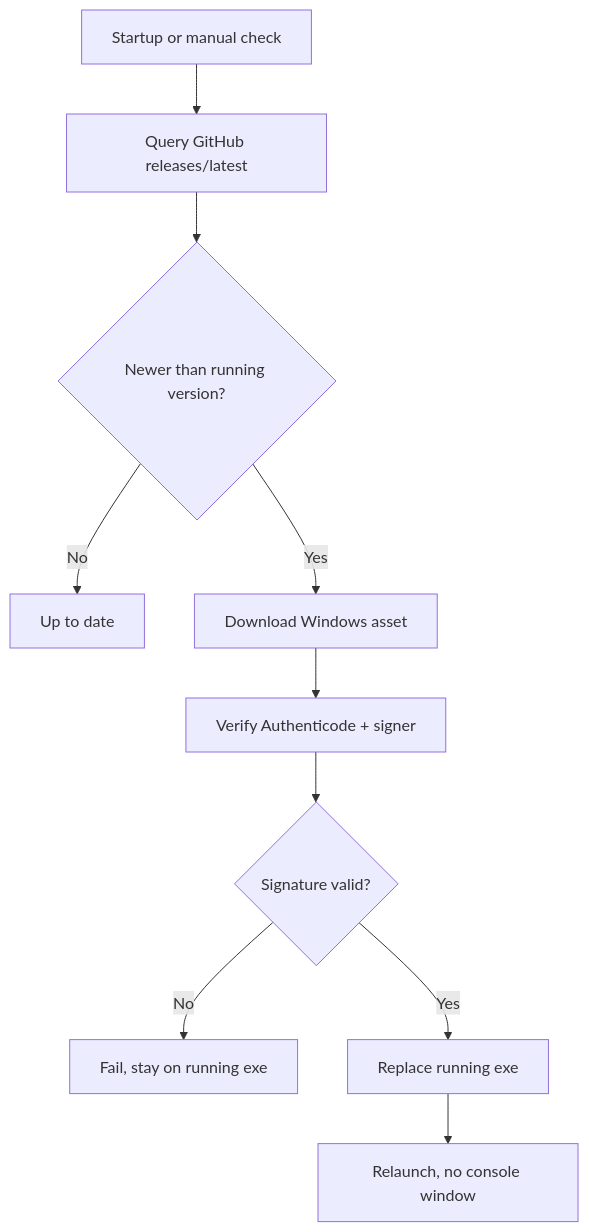
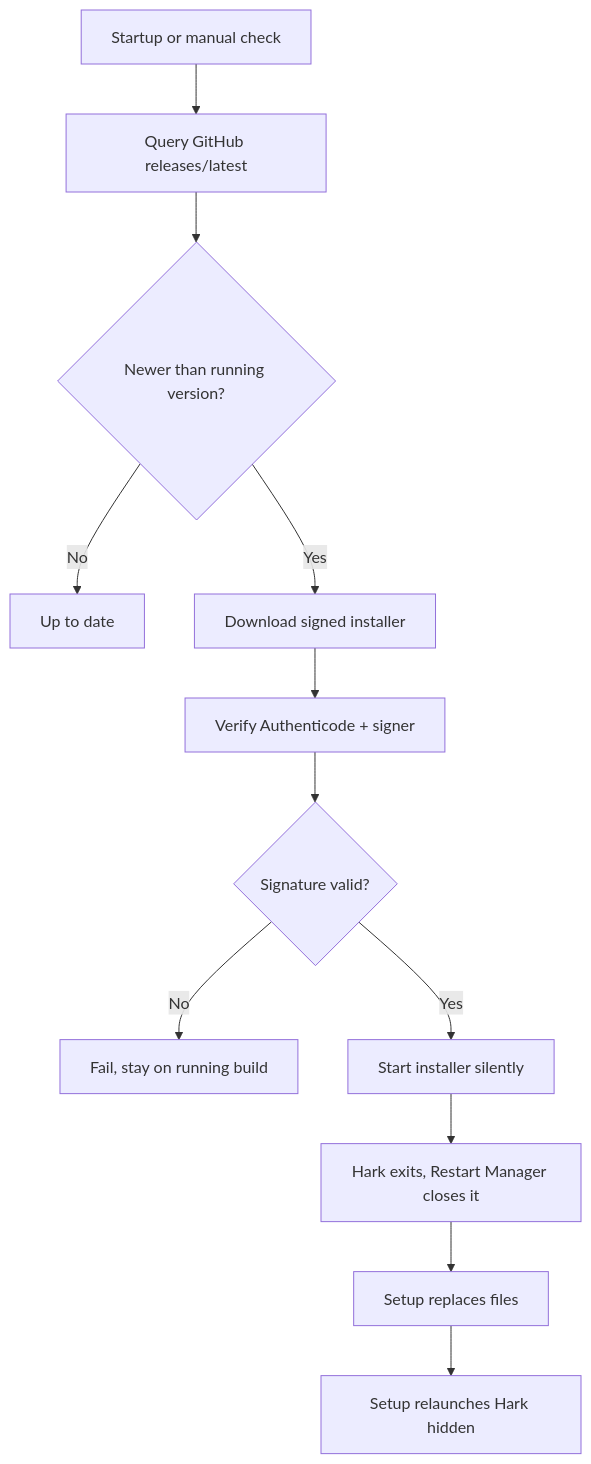
Before and after one commit to BoardPandas/Hark: the diagram in Docs/features/UPDATES_AND_AUTOSTART.md, drawn with Mermaid. The commit also changed other lines of this file and 10 other files, not shown here.

````diff
--- a/Docs/features/UPDATES_AND_AUTOSTART.md
+++ b/Docs/features/UPDATES_AND_AUTOSTART.md
@@ -27,12 +31,14 @@
 ```mermaid
 graph TD
     A["Startup or manual check"] --> B["Query GitHub releases/latest"]
     B --> C{"Newer than running version?"}
     C -->|"No"| D["Up to date"]
-    C -->|"Yes"| E["Download Windows asset"]
+    C -->|"Yes"| E["Download signed installer"]
     E --> F["Verify Authenticode + signer"]
     F --> G{"Signature valid?"}
-    G -->|"No"| H["Fail, stay on running exe"]
-    G -->|"Yes"| I["Replace running exe"]
-    I --> J["Relaunch, no console window"]
+    G -->|"No"| H["Fail, stay on running build"]
+    G -->|"Yes"| I["Start installer silently"]
+    I --> J["Hark exits, Restart Manager closes it"]
+    J --> K["Setup replaces files"]
+    K --> L["Setup relaunches Hark hidden"]
 ```
````
